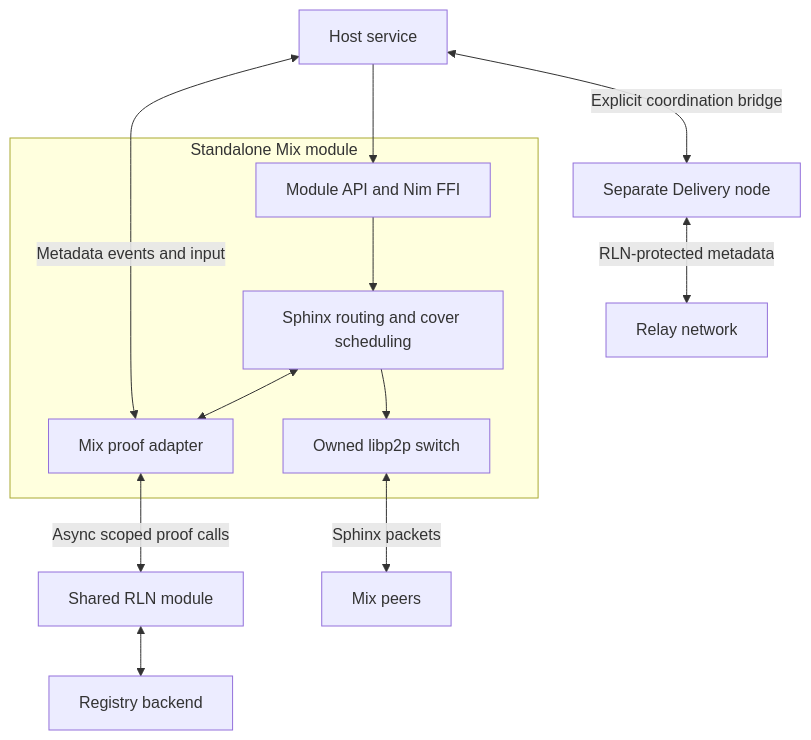
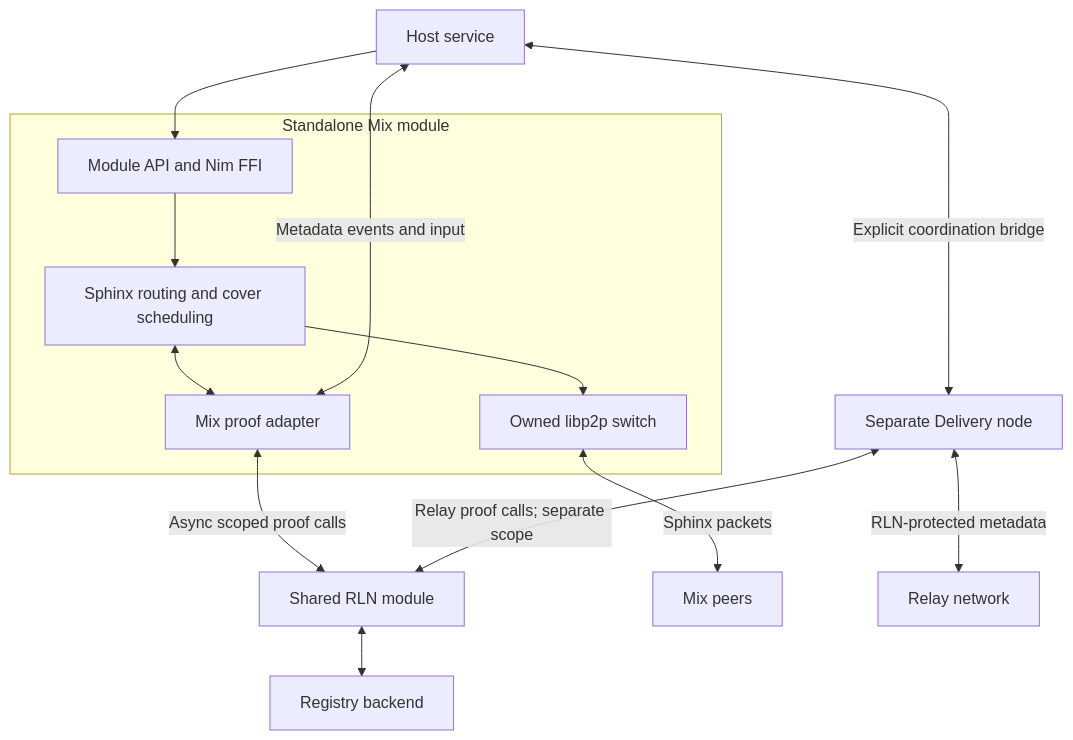
Before and after one commit to logos-co/logos-libp2p-mix-rln: the first of 3 diagrams in README.md, drawn with Mermaid. The commit also changed other lines of this file and 2 other files, not shown here.

Commit message:
docs(mix): describe the verified Delivery path and current provisioning limit

````diff
--- a/README.md
+++ b/README.md
@@ -27,20 +27,21 @@
 ```mermaid
 flowchart TB
     Host[Host service]
     subgraph Standalone[Standalone Mix module]
         API[Module API and Nim FFI]
         Mix[Sphinx routing and cover scheduling]
         Adapter[Mix proof adapter]
         Switch[Owned libp2p switch]
         API --> Mix
         Mix <--> Adapter
         Mix --> Switch
     end
     Host --> API
     Adapter <-->|Async scoped proof calls| RLN[Shared RLN module]
     RLN <--> Registry[Registry backend]
     Switch <-->|Sphinx packets| Peers[Mix peers]
     Adapter <-->|Metadata events and input| Host
     Host <-->|Explicit coordination bridge| Delivery[Separate Delivery node]
+    Delivery <-->|Relay proof calls; separate scope| RLN
     Delivery <-->|RLN-protected metadata| Relay[Relay network]
 ```
````
